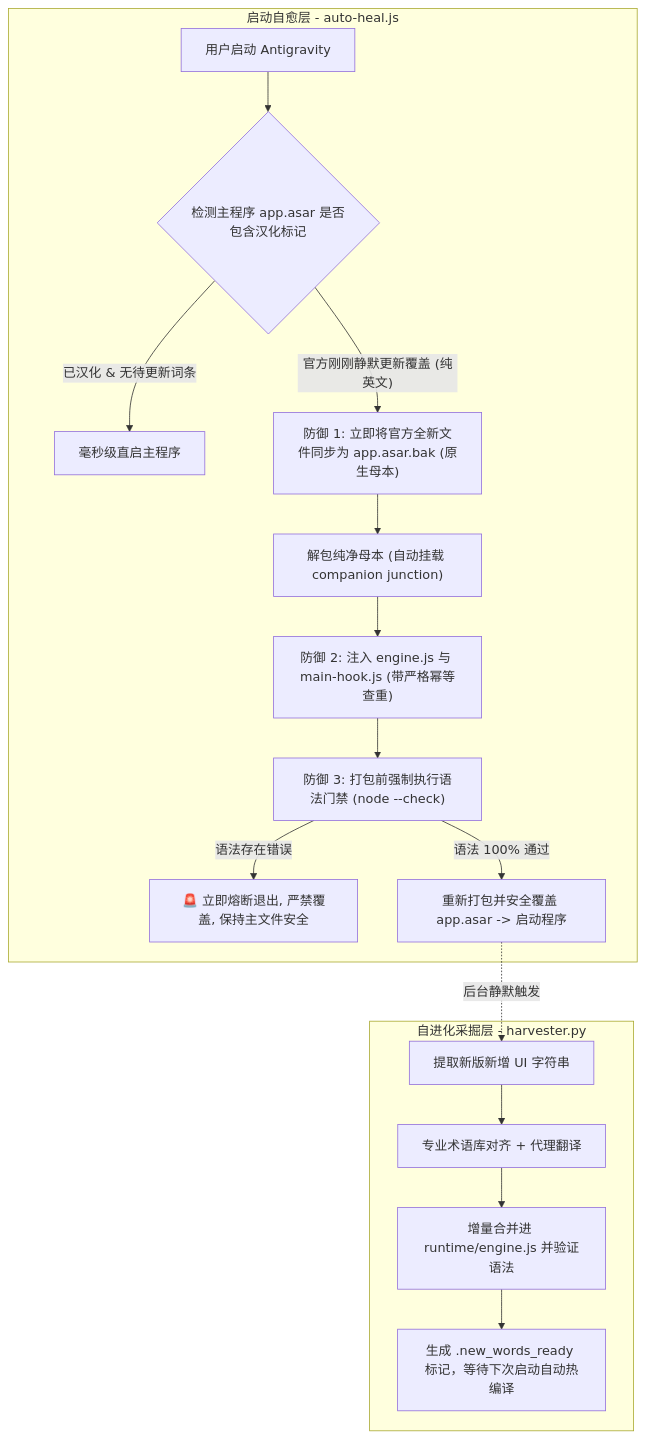
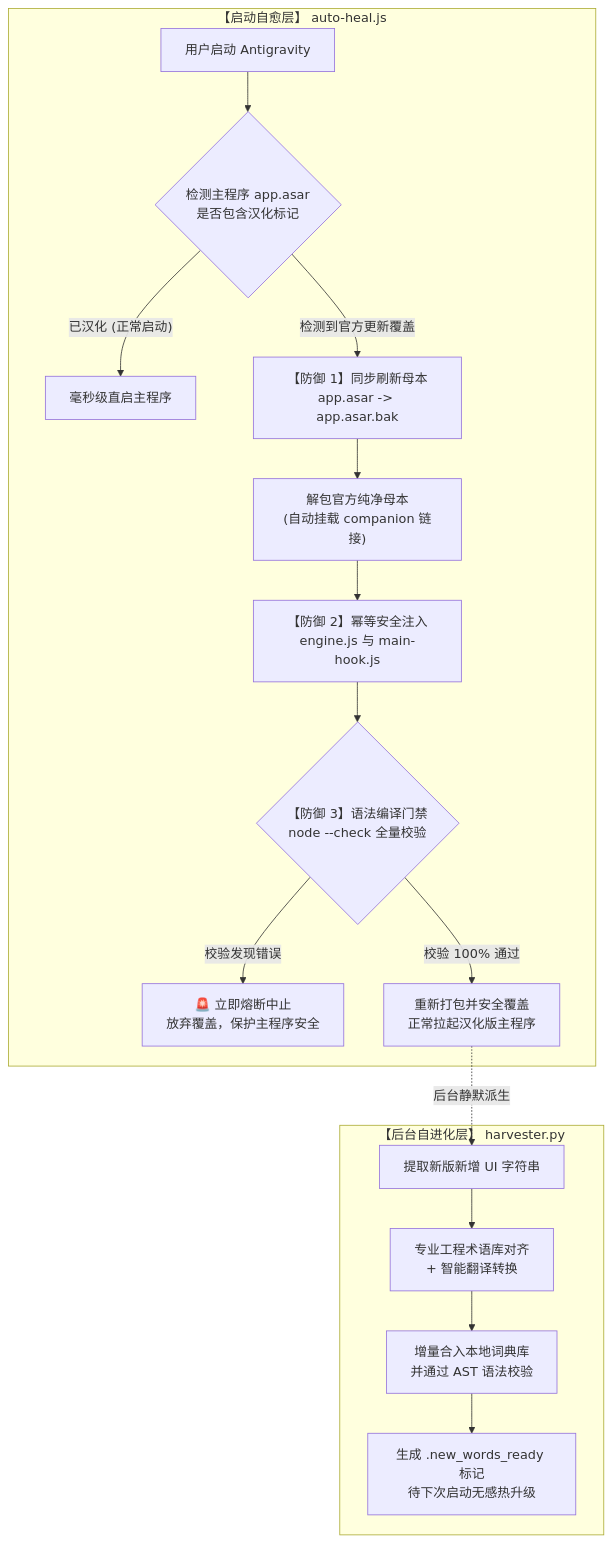
The diagram in README.md (Liu8Can/antigravity-auto-heal), drawn with Mermaid before and after one commit.

Commit message:
docs: optimize mermaid diagram layout and line wrapping for GitHub rendering

````diff
--- a/README.md
+++ b/README.md
@@ -24,20 +24,20 @@
 ```mermaid
 flowchart TD
-    subgraph 启动自愈阶段 [启动自愈层 - auto-heal.js]
-        A["用户启动 Antigravity"] --> B{"检测主程序 app.asar 是否包含汉化标记"}
-        B -- "已汉化 & 无待更新词条" --> C["毫秒级直启主程序"]
-        B -- "官方刚刚静默更新覆盖 (纯英文)" --> D["防御 1: 立即将官方全新文件同步为 app.asar.bak (原生母本)"]
-        D --> E["解包纯净母本 (自动挂载 companion junction)"]
-        E --> F["防御 2: 注入 engine.js 与 main-hook.js (带严格幂等查重)"]
-        F --> G["防御 3: 打包前强制执行语法门禁 (node --check)"]
-        G -- "语法存在错误" --> H["🚨 立即熔断退出, 严禁覆盖, 保持主文件安全"]
-        G -- "语法 100% 通过" --> I["重新打包并安全覆盖 app.asar -> 启动程序"]
+    subgraph S1["【启动自愈层】 auto-heal.js"]
+        A["用户启动 Antigravity"] --> B{"检测主程序 app.asar<br/>是否包含汉化标记"}
+        B -->|"已汉化 (正常启动)"| C["毫秒级直启主程序"]
+        B -->|"检测到官方更新覆盖"| D["【防御 1】同步刷新母本<br/>app.asar -> app.asar.bak"]
+        D --> E["解包官方纯净母本<br/>(自动挂载 companion 链接)"]
+        E --> F["【防御 2】幂等安全注入<br/>engine.js 与 main-hook.js"]
+        F --> G{"【防御 3】语法编译门禁<br/>node --check 全量校验"}
+        G -->|"校验发现错误"| H["🚨 立即熔断中止<br/>放弃覆盖，保护主程序安全"]
+        G -->|"校验 100% 通过"| I["重新打包并安全覆盖<br/>正常拉起汉化版主程序"]
     end
 
-    subgraph 后台自进化阶段 [自进化采掘层 - harvester.py]
-        I -. "后台静默触发" .-> J["提取新版新增 UI 字符串"]
-        J --> K["专业术语库对齐 + 代理翻译"]
-        K --> L["增量合并进 runtime/engine.js 并验证语法"]
-        L --> M["生成 .new_words_ready 标记，等待下次启动自动热编译"]
+    subgraph S2["【后台自进化层】 harvester.py"]
+        I -.->|"后台静默派生"| J["提取新版新增 UI 字符串"]
+        J --> K["专业工程术语库对齐<br/>+ 智能翻译转换"]
+        K --> L["增量合入本地词典库<br/>并通过 AST 语法校验"]
+        L --> M["生成 .new_words_ready 标记<br/>待下次启动无感热升级"]
     end
 ```
````
